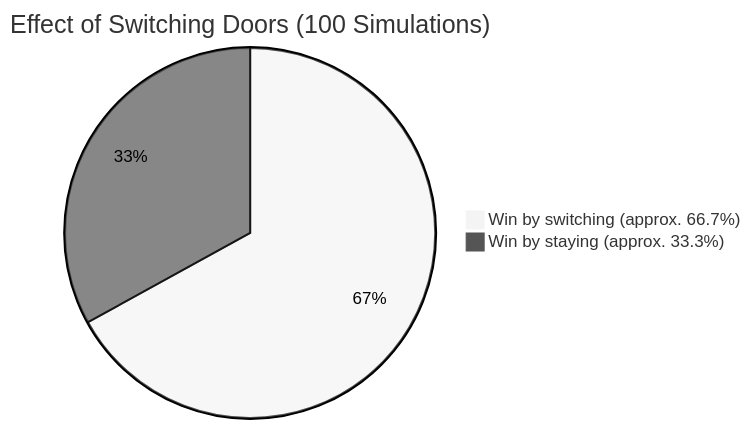
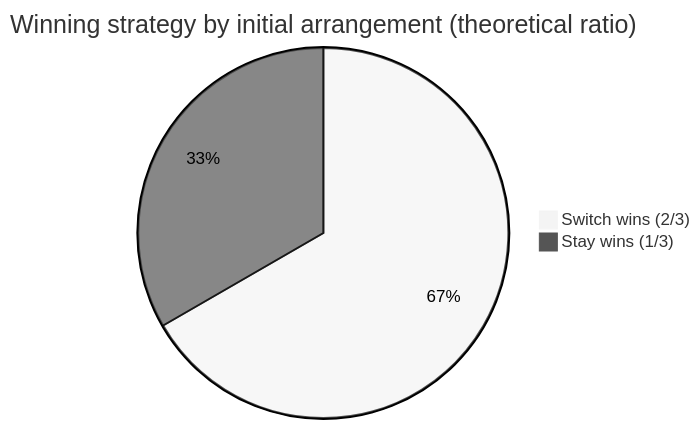
Before and after one commit to kenjinote/blog: the second of 2 diagrams in content/post/モンティ・ホール問題/index.en.md, drawn with Mermaid (neutral theme). The commit also changed other lines of this file and 10 other files, not shown here.

````diff
--- a/content/post/モンティ・ホール問題/index.en.md
+++ b/content/post/モンティ・ホール問題/index.en.md
@@ -161,5 +195,5 @@
 ```mermaid
-pie title Effect of Switching Doors (100 Simulations)
-    "Win by switching (approx. 66.7%)" : 67
-    "Win by staying (approx. 33.3%)" : 33
+pie title Winning strategy by initial arrangement (theoretical ratio)
+    "Switch wins (2/3)" : 2
+    "Stay wins (1/3)" : 1
 ```
````
